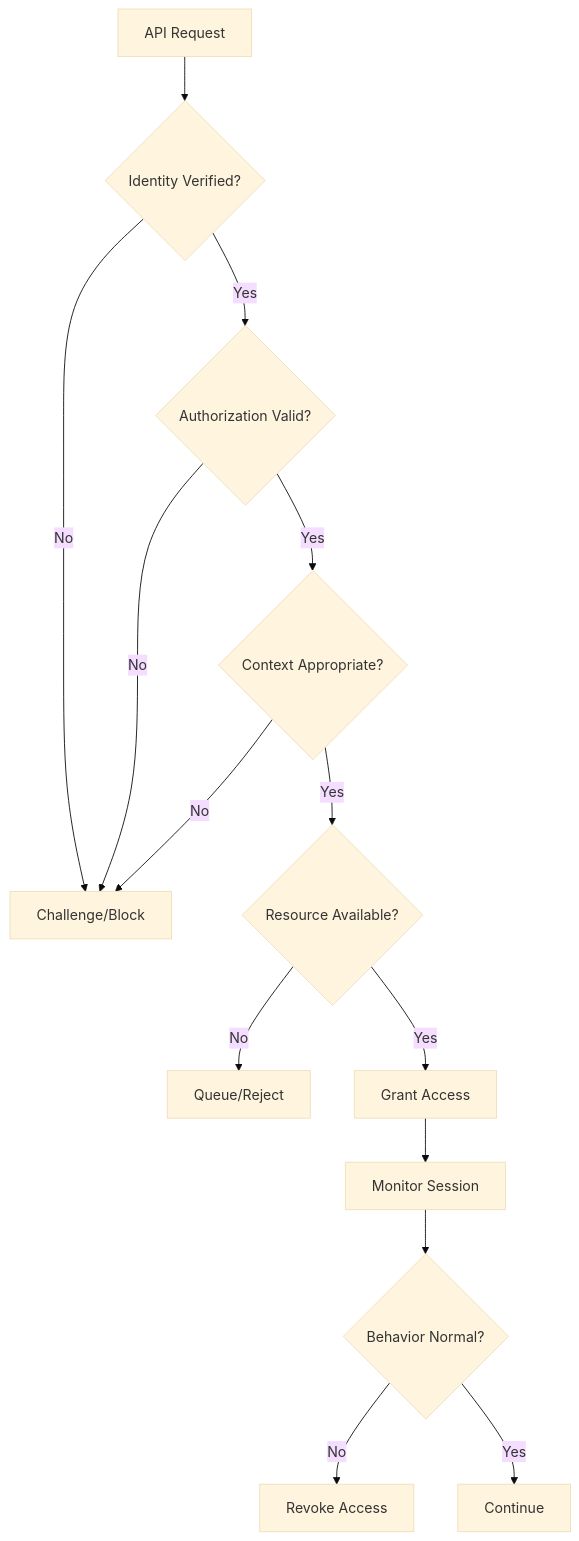
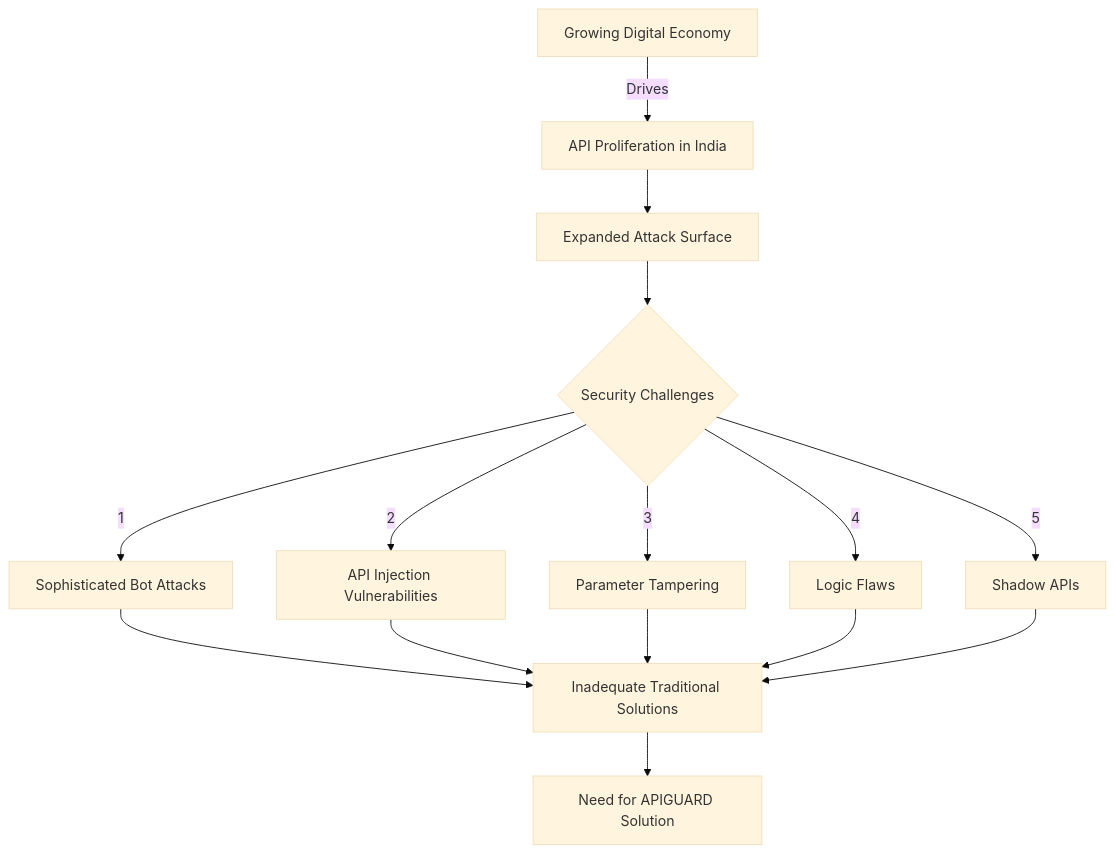
One commit to r04nx/obsidian changed diagram 20 of 32 in tmp/api_security.md. Above: the diagram before and after it, drawn with Mermaid (base theme). The commit also changed other lines of this file and 3 other files, not shown here.

````diff
--- a/tmp/api_security.md
+++ b/tmp/api_security.md
@@ -222,16 +937,13 @@
 ```mermaid
-graph TD
-    A[API Request] --> B{Identity Verified?}
-    B -->|No| C[Challenge/Block]
-    B -->|Yes| D{Authorization Valid?}
-    D -->|No| C
-    D -->|Yes| E{Context Appropriate?}
-    E -->|No| C
-    E -->|Yes| F{Resource Available?}
-    F -->|No| G[Queue/Reject]
-    F -->|Yes| H[Grant Access]
-    H --> I[Monitor Session]
-    I --> J{Behavior Normal?}
-    J -->|No| K[Revoke Access]
-    J -->|Yes| L[Continue]
+flowchart TD
+    A[Growing Digital Economy] -->|Drives| B[API Proliferation in India]
+    B --> C[Expanded Attack Surface]
+    C --> D{Security Challenges}
+    D -->|1| E[Sophisticated Bot Attacks]
+    D -->|2| F[API Injection Vulnerabilities]
+    D -->|3| G[Parameter Tampering]
+    D -->|4| H[Logic Flaws]
+    D -->|5| I[Shadow APIs]
+    E & F & G & H & I --> J[Inadequate Traditional Solutions]
+    J --> K[Need for APIGUARD Solution]
 ```
````
